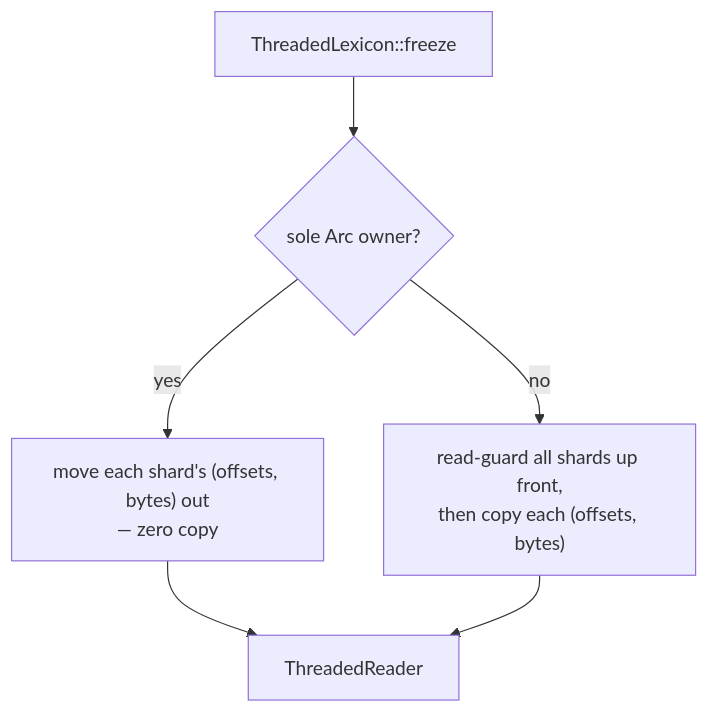
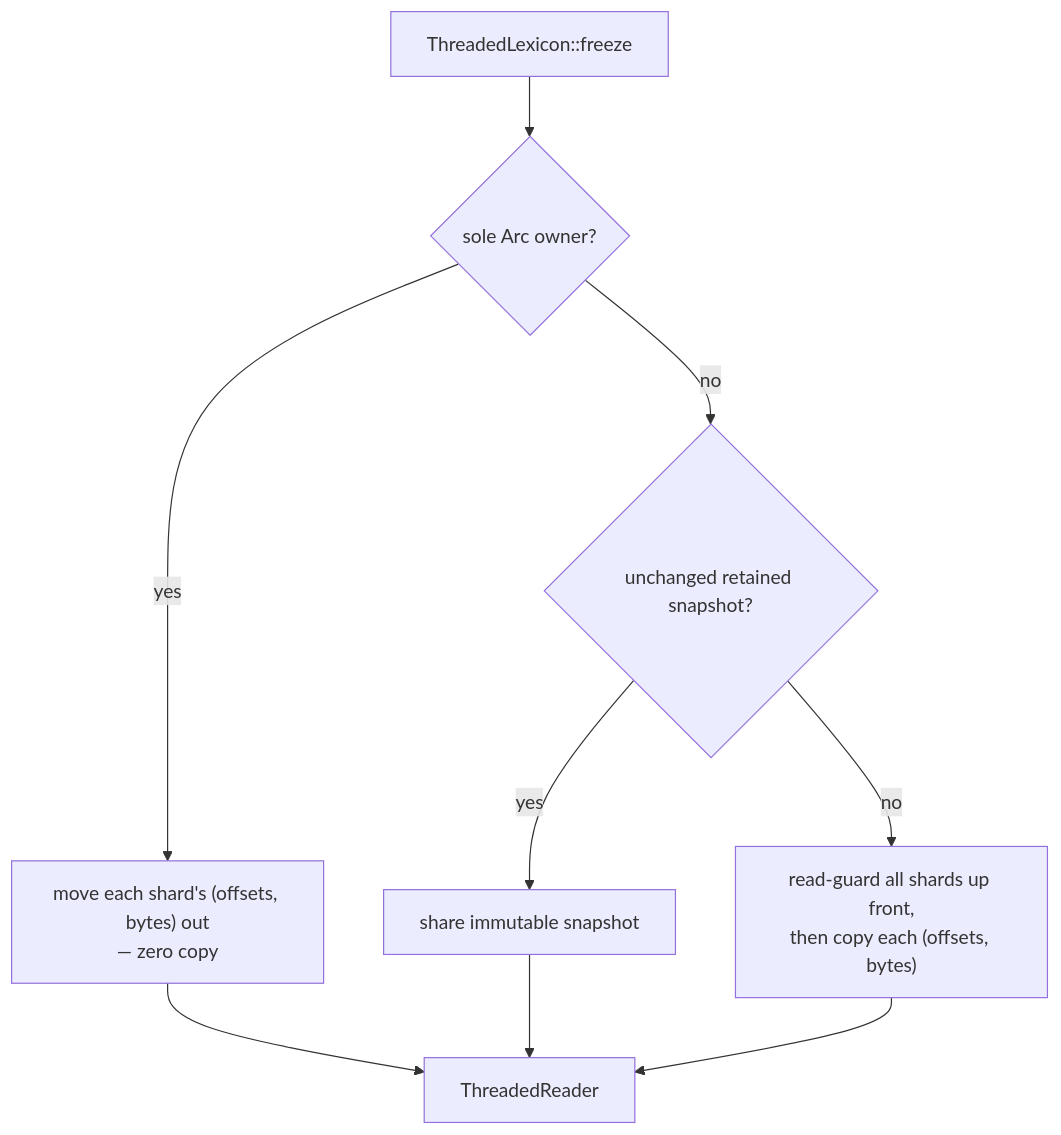
Before and after one commit to microsoft/oxidizer: the seventh of 7 diagrams in crates/internity/docs/DESIGN.md, drawn with Mermaid. The commit also changed other lines of this file and 36 other files, not shown here.

````diff
--- a/crates/internity/docs/DESIGN.md
+++ b/crates/internity/docs/DESIGN.md
@@ -290,8 +286,11 @@
 ```mermaid
 flowchart TB
     F["ThreadedLexicon::freeze"] --> TRY{"sole Arc owner?"}
     TRY -- yes --> MOVE["move each shard's (offsets, bytes) out<br/>— zero copy"]
-    TRY -- no --> COPY["read-guard all shards up front,<br/>then copy each (offsets, bytes)"]
+    TRY -- no --> CACHE{"unchanged retained snapshot?"}
+    CACHE -- yes --> REUSE["share immutable snapshot"]
+    CACHE -- no --> COPY["read-guard all shards up front,<br/>then copy each (offsets, bytes)"]
     MOVE --> SRr["ThreadedReader"]
+    REUSE --> SRr
     COPY --> SRr
 ```
````
